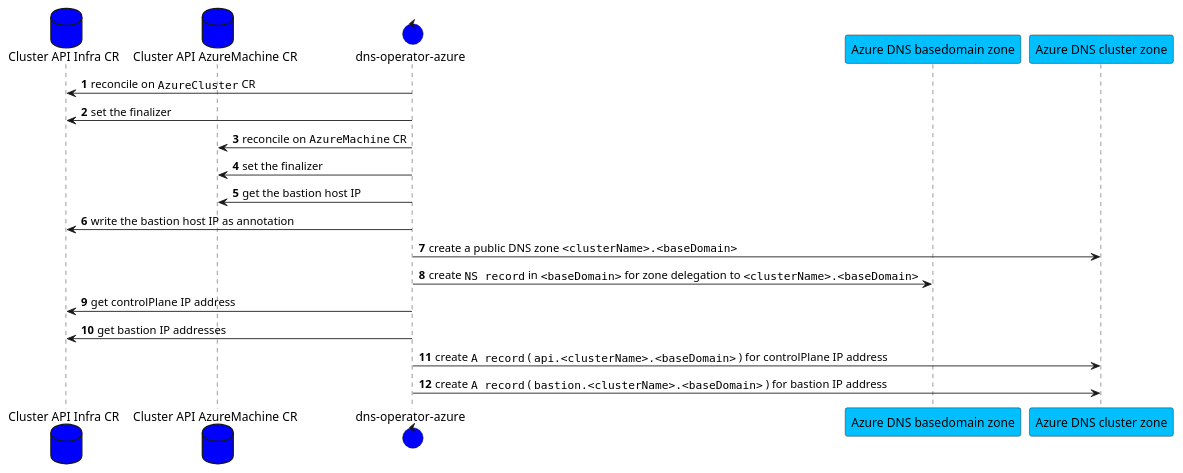
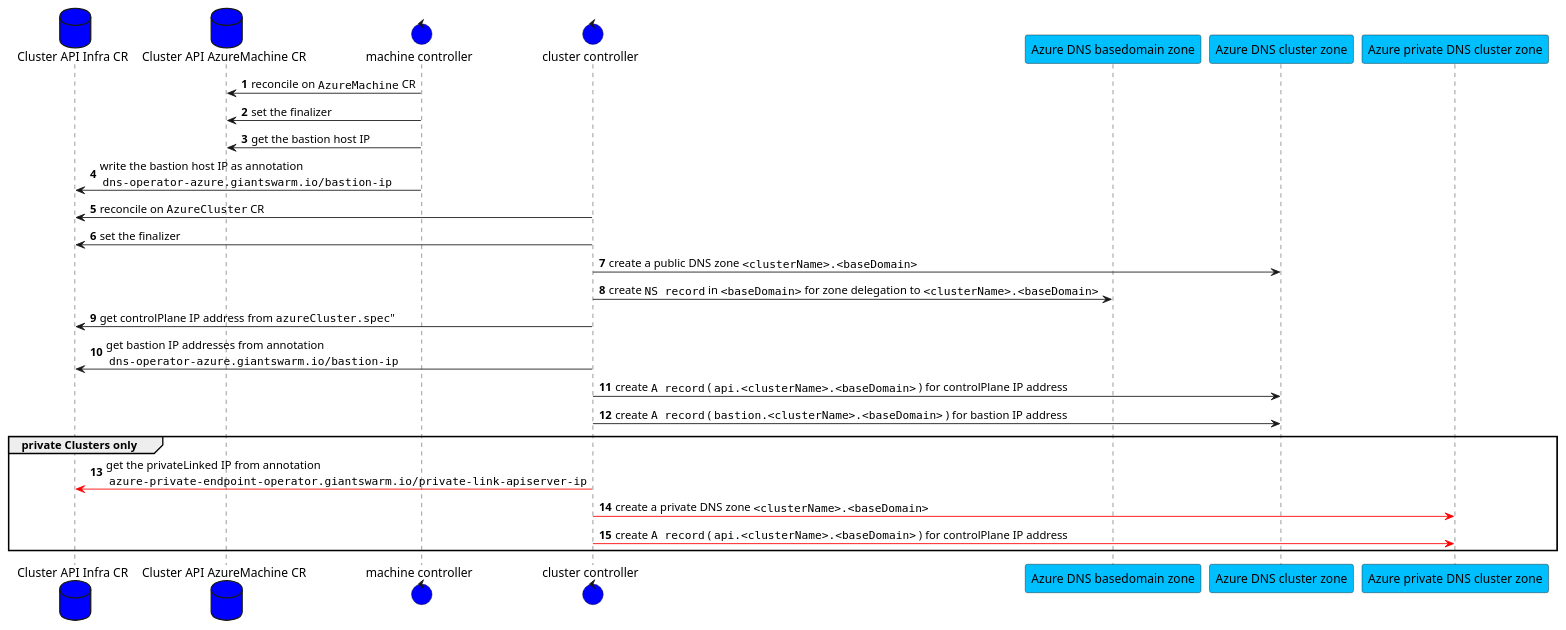
The diagram in dns-operator.puml (giantswarm/dns-operator-azure), drawn with PlantUML before and after one commit. The commit also changed 4 other files, not shown here.

```diff
--- a/dns-operator.puml
+++ b/dns-operator.puml
@@ -1,23 +1,41 @@
 @startuml
 autonumber
 
 database "Cluster API Infra CR" as capiInfraCR #blue
 database "Cluster API AzureMachine CR" as capzMachineCR #blue
-control "dns-operator-azure" as dnsOperator #blue
+
+control "machine controller" as dnsOperatorMachineController #blue
+control "cluster controller" as dnsOperatorClusterController #blue
+
+
 participant "Azure DNS basedomain zone" as azureDNSBasedomainZone #DeepSkyBlue
 participant "Azure DNS cluster zone" as azureDNSClusterZone #DeepSkyBlue
 
-dnsOperator -> capiInfraCR: reconcile on ""AzureCluster"" CR
-dnsOperator -> capiInfraCR: set the finalizer
-dnsOperator -> capzMachineCR: reconcile on ""AzureMachine"" CR
-dnsOperator -> capzMachineCR: set the finalizer
-dnsOperator -> capzMachineCR: get the bastion host IP
-dnsOperator -> capiInfraCR: write the bastion host IP as annotation
-dnsOperator -> azureDNSClusterZone: create a public DNS zone ""<clusterName>.<baseDomain>""
-dnsOperator -> azureDNSBasedomainZone: create ""NS record"" in ""<baseDomain>"" for zone delegation to ""<clusterName>.<baseDomain>""
-dnsOperator -> capiInfraCR: get controlPlane IP address
-dnsOperator -> capiInfraCR: get bastion IP addresses
-dnsOperator -> azureDNSClusterZone: create ""A record"" ( ""api.<clusterName>.<baseDomain>"" ) for controlPlane IP address
-dnsOperator -> azureDNSClusterZone: create ""A record"" ( ""bastion.<clusterName>.<baseDomain>"" ) for bastion IP address
+participant "Azure private DNS cluster zone" as azurePrivateDNSClusterZone #DeepSkyBlue
+
+dnsOperatorMachineController -> capzMachineCR: reconcile on ""AzureMachine"" CR
+dnsOperatorMachineController -> capzMachineCR: set the finalizer
+dnsOperatorMachineController -> capzMachineCR: get the bastion host IP
+dnsOperatorMachineController -> capiInfraCR: write the bastion host IP as annotation\n ""dns-operator-azure.giantswarm.io/bastion-ip""
+
+dnsOperatorClusterController -> capiInfraCR: reconcile on ""AzureCluster"" CR
+dnsOperatorClusterController -> capiInfraCR: set the finalizer
+dnsOperatorClusterController -> azureDNSClusterZone: create a public DNS zone ""<clusterName>.<baseDomain>""
+dnsOperatorClusterController -> azureDNSBasedomainZone: create ""NS record"" in ""<baseDomain>"" for zone delegation to ""<clusterName>.<baseDomain>""
+
+
+dnsOperatorClusterController -> capiInfraCR: get controlPlane IP address from ""azureCluster.spec"""
+dnsOperatorClusterController -> capiInfraCR: get bastion IP addresses from annotation\n ""dns-operator-azure.giantswarm.io/bastion-ip""
+dnsOperatorClusterController -> azureDNSClusterZone: create ""A record"" ( ""api.<clusterName>.<baseDomain>"" ) for controlPlane IP address
+dnsOperatorClusterController -> azureDNSClusterZone: create ""A record"" ( ""bastion.<clusterName>.<baseDomain>"" ) for bastion IP address
+
+group private Clusters only
+
+dnsOperatorClusterController -[#red]> capiInfraCR: get the privateLinked IP from annotation\n ""azure-private-endpoint-operator.giantswarm.io/private-link-apiserver-ip""
+dnsOperatorClusterController -[#red]> azurePrivateDNSClusterZone: create a private DNS zone ""<clusterName>.<baseDomain>""
+dnsOperatorClusterController -[#red]> azurePrivateDNSClusterZone: create ""A record"" ( ""api.<clusterName>.<baseDomain>"" ) for controlPlane IP address
+
+end
+
 
 @enduml
```
